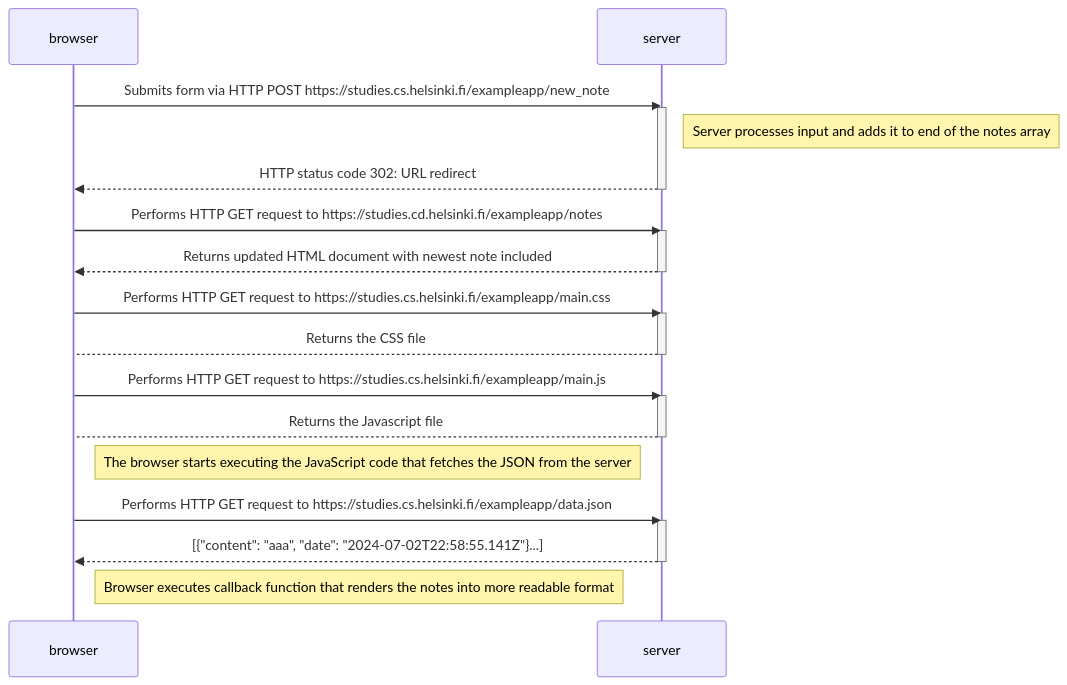
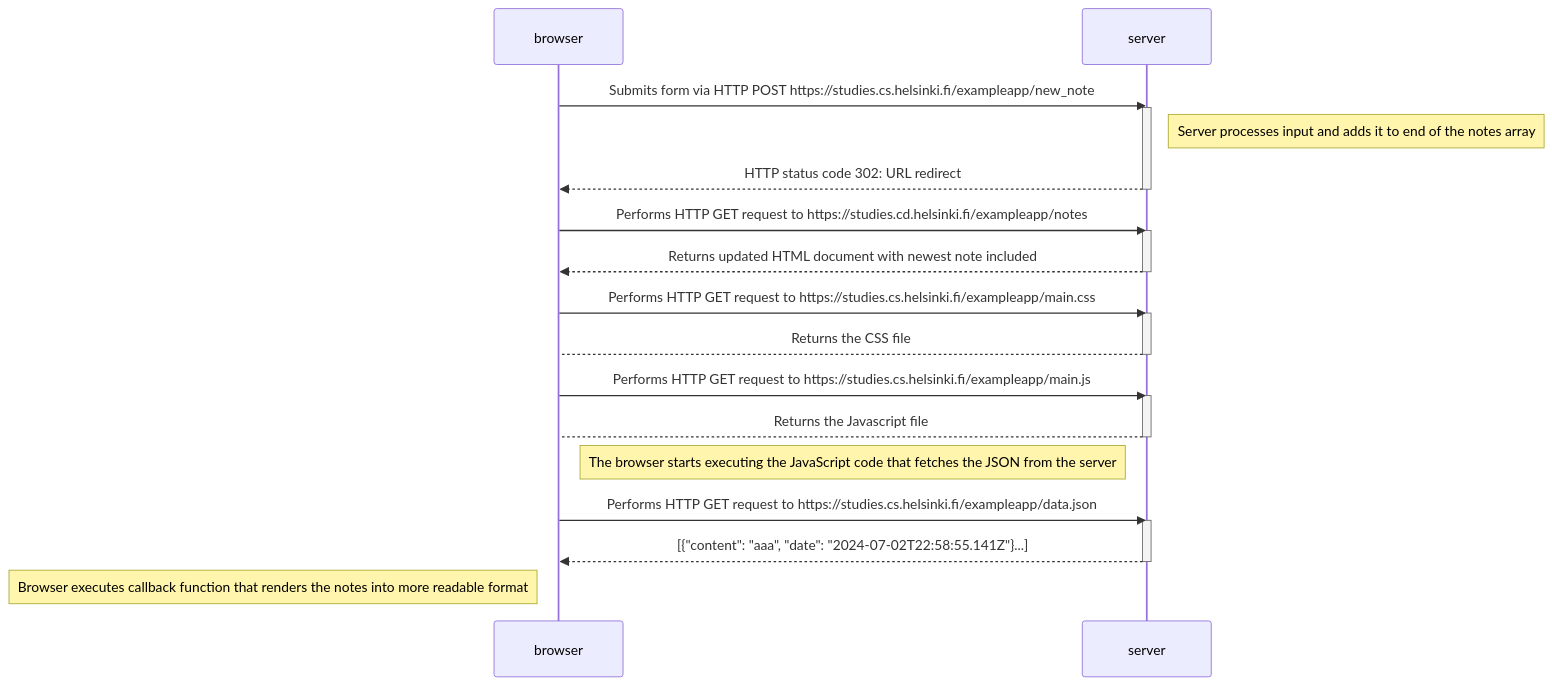
The diagram in part0/0.4newnote.md (wkxalwtpg94/FullstackOpen_kx), drawn with Mermaid before and after one commit.

Commit message:
Minor edits to browser callback function note location

````diff
--- a/part0/0.4newnote.md
+++ b/part0/0.4newnote.md
@@ -1,51 +1,51 @@
 ```mermaid
 sequenceDiagram
     participant browser
     participant server
 
     browser->>server: Submits form via HTTP POST https://studies.cs.helsinki.fi/exampleapp/new_note
     activate server
     Note right of server: Server processes input and adds it to end of the notes array
     server-->>browser: HTTP status code 302: URL redirect
     deactivate server
 
     browser->> server: Performs HTTP GET request to https://studies.cd.helsinki.fi/exampleapp/notes
     activate server
     server-->>browser: Returns updated HTML document with newest note included
     deactivate server
 
     browser->>server: Performs HTTP GET request to https://studies.cs.helsinki.fi/exampleapp/main.css
     activate server
     server-->browser: Returns the CSS file
     deactivate server
 
     browser->> server: Performs HTTP GET request to https://studies.cs.helsinki.fi/exampleapp/main.js
     activate server
     server-->browser: Returns the Javascript file
     deactivate server
 
     Note right of browser: The browser starts executing the JavaScript code that fetches the JSON from the server
 
     browser->>server: Performs HTTP GET request to https://studies.cs.helsinki.fi/exampleapp/data.json
     activate server
     server-->>browser: [{"content": "aaa", "date": "2024-07-02T22:58:55.141Z"}...]
     deactivate server
 
-    Note right of browser: Browser executes callback function that renders the notes into more readable format
+    Note left of browser: Browser executes callback function that renders the notes into more readable format
 
 
 
 
 
 
 
 
 
 
 
 
 
 
 
 
 ```
````
